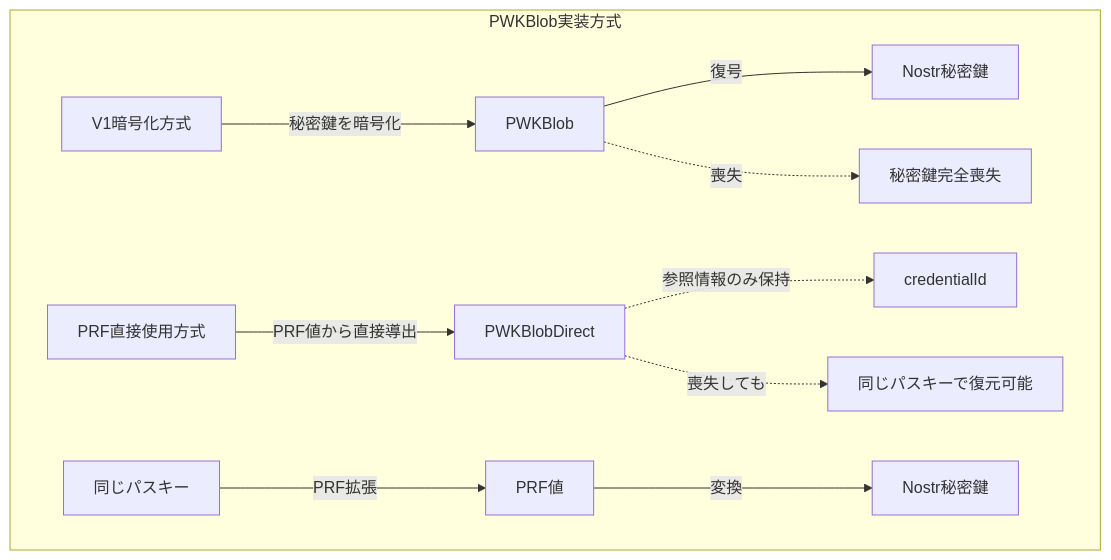
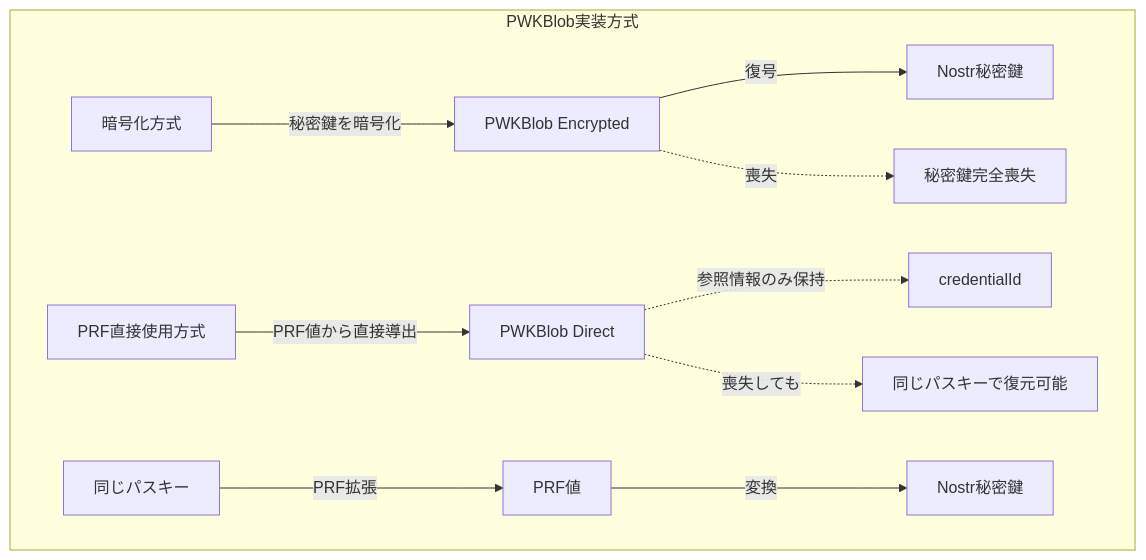
The first of 3 diagrams in docs/pwkblob-auth-usecases.md (ocknamo/nosskey-sdk), drawn with Mermaid before and after one commit. The commit also changed other lines of this file and 5 other files, not shown here.

````diff
--- a/docs/pwkblob-auth-usecases.md
+++ b/docs/pwkblob-auth-usecases.md
@@ -18,14 +18,14 @@
 ```mermaid
 graph TD
     subgraph "PWKBlob実装方式"
-        V1[V1暗号化方式] -->|秘密鍵を暗号化| PWK1[PWKBlob]
+        V1[暗号化方式] -->|秘密鍵を暗号化| PWK1[PWKBlob Encrypted]
         PWK1 -->|復号| SK1[Nostr秘密鍵]
         PWK1 -.->|喪失| Lost[秘密鍵完全喪失]
         
-        Direct[PRF直接使用方式] -->|PRF値から直接導出| PWK2[PWKBlobDirect]
+        Direct[PRF直接使用方式] -->|PRF値から直接導出| PWK2[PWKBlob Direct]
         PWK2 -.->|参照情報のみ保持| ID[credentialId]
         Passkey[同じパスキー] -->|PRF拡張| PRF[PRF値]
         PRF -->|変換| SK2[Nostr秘密鍵]
         PWK2 -.->|喪失しても| Restore[同じパスキーで復元可能]
     end
 ```
````
